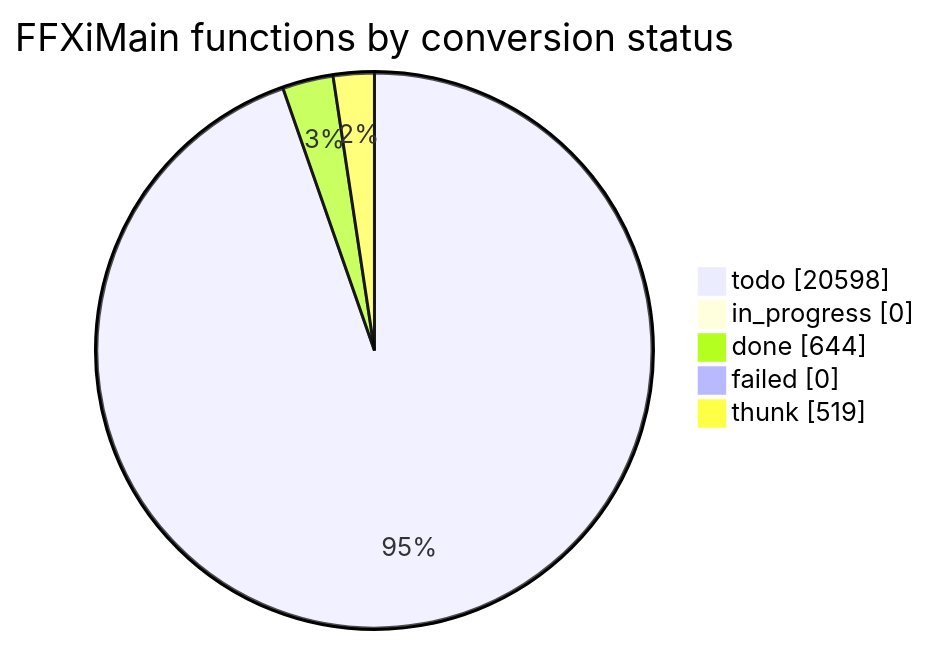
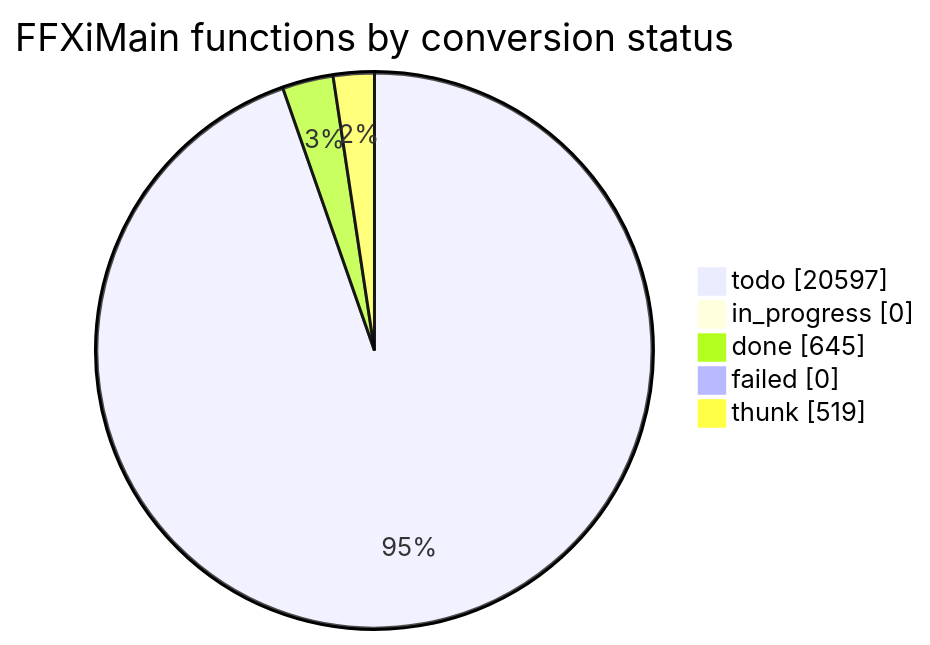
One commit to cowrevenge/cow_kuluu_xi_anything changed the diagram in docs/cow/STATUS.md. Above: the diagram before and after it, drawn with Mermaid. The commit also changed other lines of this file and 9 other files, not shown here.

````diff
--- a/docs/cow/STATUS.md
+++ b/docs/cow/STATUS.md
@@ -18,9 +18,9 @@
 ```mermaid
 pie showData
     title FFXiMain functions by conversion status
-    "todo" : 20598
+    "todo" : 20597
     "in_progress" : 0
-    "done" : 644
+    "done" : 645
     "failed" : 0
     "thunk" : 519
 ```
````
